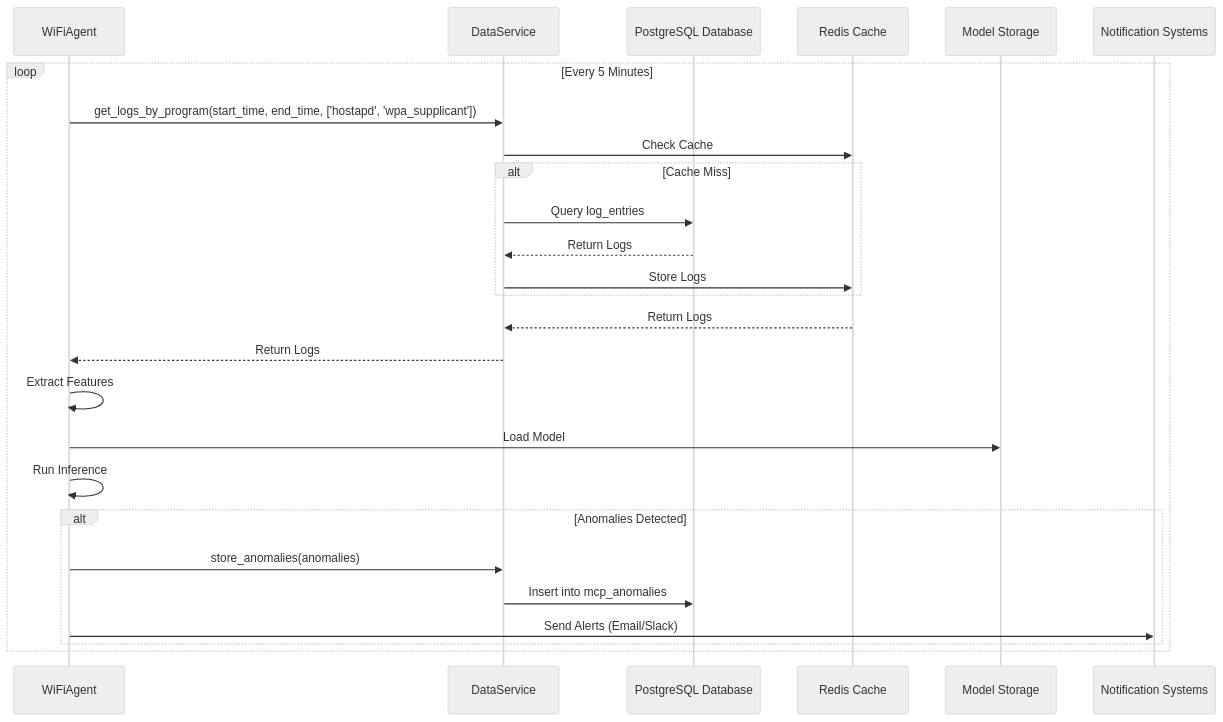
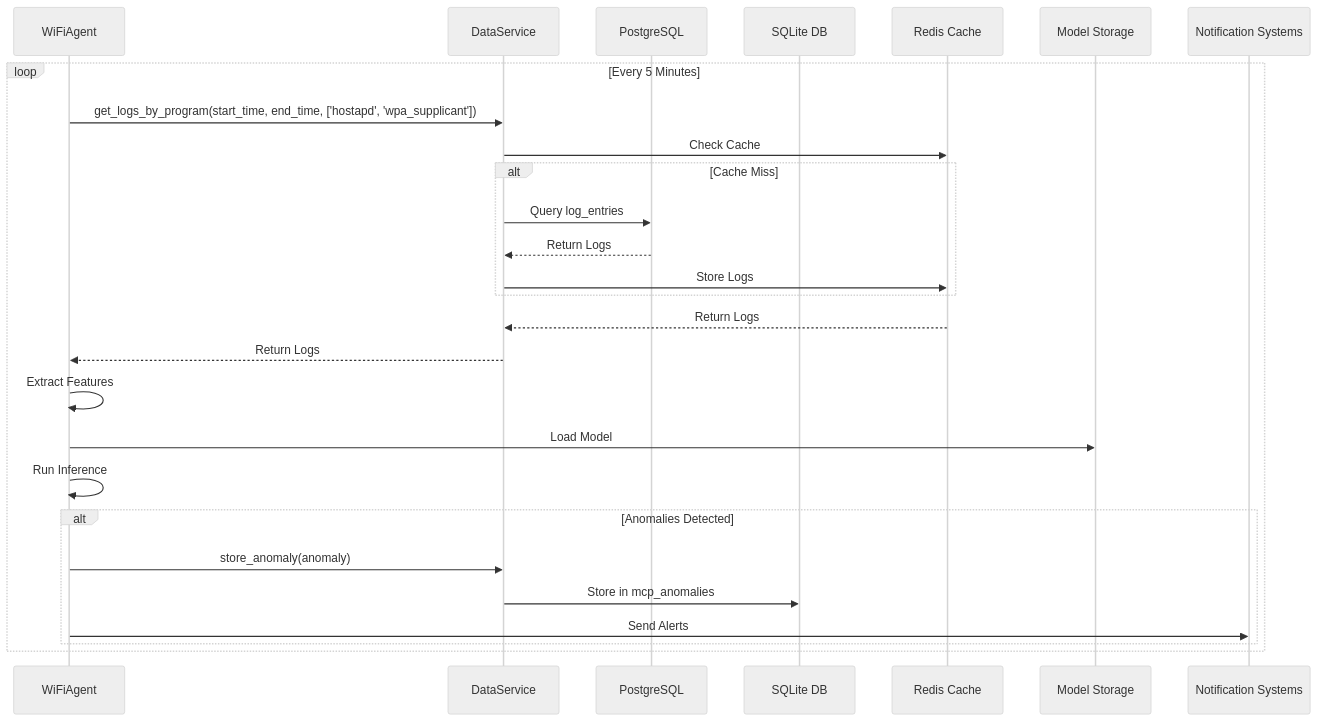
One commit to dannguy1/mcp_service changed the second of 2 diagrams in docs/architecture.md. Above: the diagram before and after it, drawn with Mermaid (neutral theme). The commit also changed other lines of this file and 33 other files, not shown here.

````diff
--- a/docs/architecture.md
+++ b/docs/architecture.md
@@ -118,29 +123,30 @@
 ```mermaid
 sequenceDiagram
     participant Agent as WiFiAgent
     participant DS as DataService
-    participant DB as PostgreSQL Database
+    participant PG as PostgreSQL
+    participant SQLite as SQLite DB
     participant Cache as Redis Cache
     participant Models as Model Storage
     participant Notify as Notification Systems
 
     loop Every 5 Minutes
         Agent->>DS: get_logs_by_program(start_time, end_time, ['hostapd', 'wpa_supplicant'])
         DS->>Cache: Check Cache
         alt Cache Miss
-            DS->>DB: Query log_entries
-            DB-->>DS: Return Logs
+            DS->>PG: Query log_entries
+            PG-->>DS: Return Logs
             DS->>Cache: Store Logs
         end
         Cache-->>DS: Return Logs
         DS-->>Agent: Return Logs
         Agent->>Agent: Extract Features
         Agent->>Models: Load Model
         Agent->>Agent: Run Inference
         alt Anomalies Detected
-            Agent->>DS: store_anomalies(anomalies)
-            DS->>DB: Insert into mcp_anomalies
-            Agent->>Notify: Send Alerts (Email/Slack)
+            Agent->>DS: store_anomaly(anomaly)
+            DS->>SQLite: Store in mcp_anomalies
+            Agent->>Notify: Send Alerts
         end
     end
 ```
````
